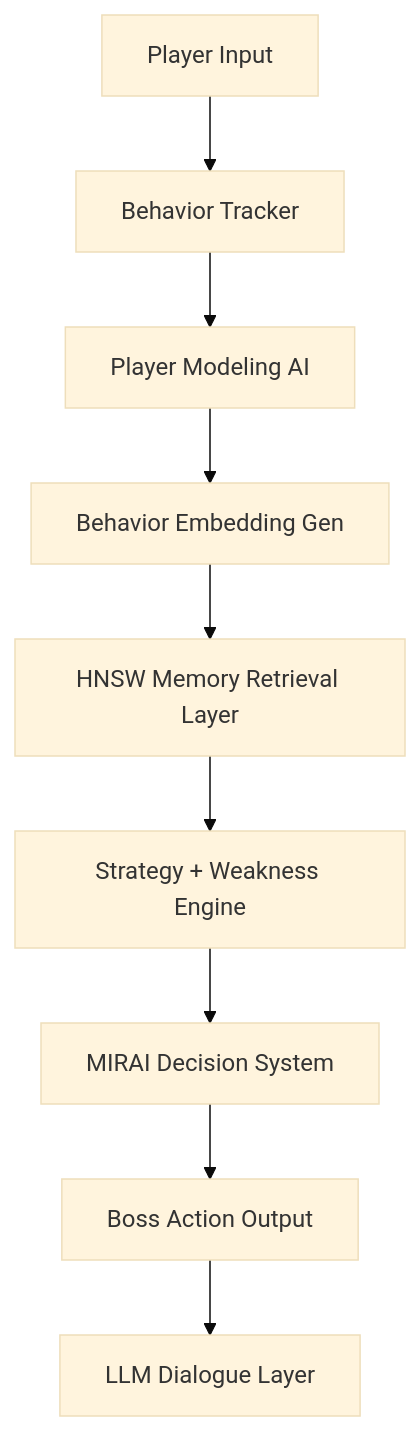
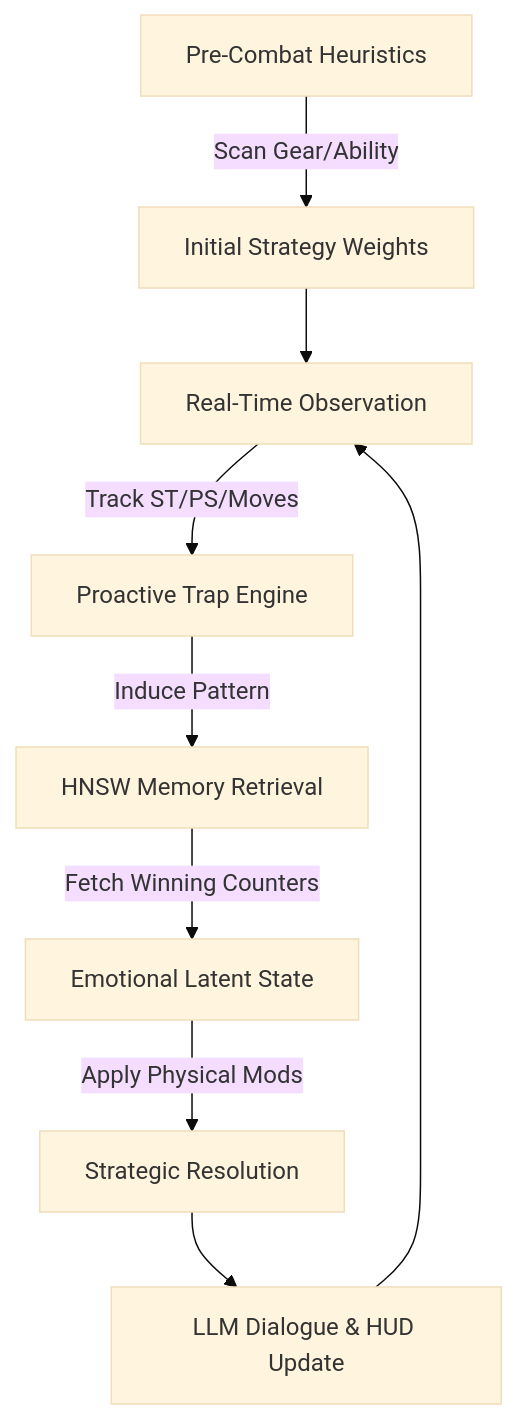
The diagram in README.md (the-raja/Mirai), drawn with Mermaid (base theme) before and after one commit. The commit also changed other lines of this file and 15 other files, not shown here.

````diff
--- a/README.md
+++ b/README.md
@@ -11,11 +12,11 @@
 ```mermaid
 graph TD
-    A[Player Input] --> B[Behavior Tracker]
-    B --> C[Player Modeling AI]
-    C --> D[Behavior Embedding Gen]
-    D --> E[HNSW Memory Retrieval Layer]
-    E --> F[Strategy + Weakness Engine]
-    F --> G[MIRAI Decision System]
-    G --> H[Boss Action Output]
-    H --> I[LLM Dialogue Layer]
+    A[Pre-Combat Heuristics] -->|Scan Gear/Ability| B[Initial Strategy Weights]
+    B --> C[Real-Time Observation]
+    C -->|Track ST/PS/Moves| D[Proactive Trap Engine]
+    D -->|Induce Pattern| E[HNSW Memory Retrieval]
+    E -->|Fetch Winning Counters| F[Emotional Latent State]
+    F -->|Apply Physical Mods| G[Strategic Resolution]
+    G --> H[LLM Dialogue & HUD Update]
+    H --> C
 ```
````
